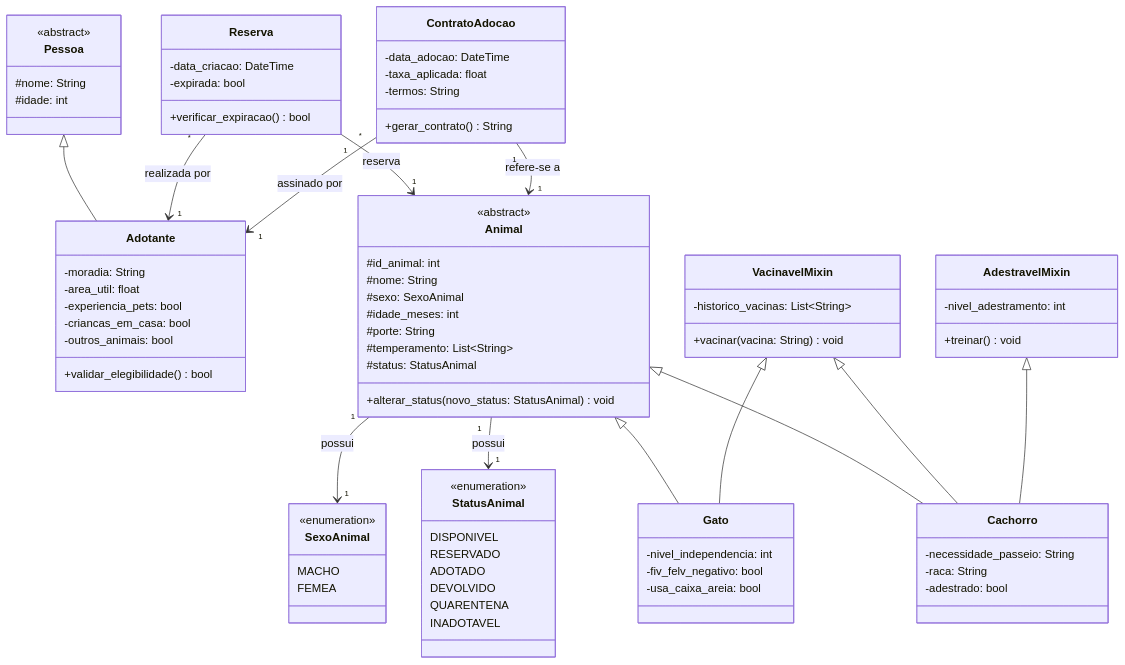
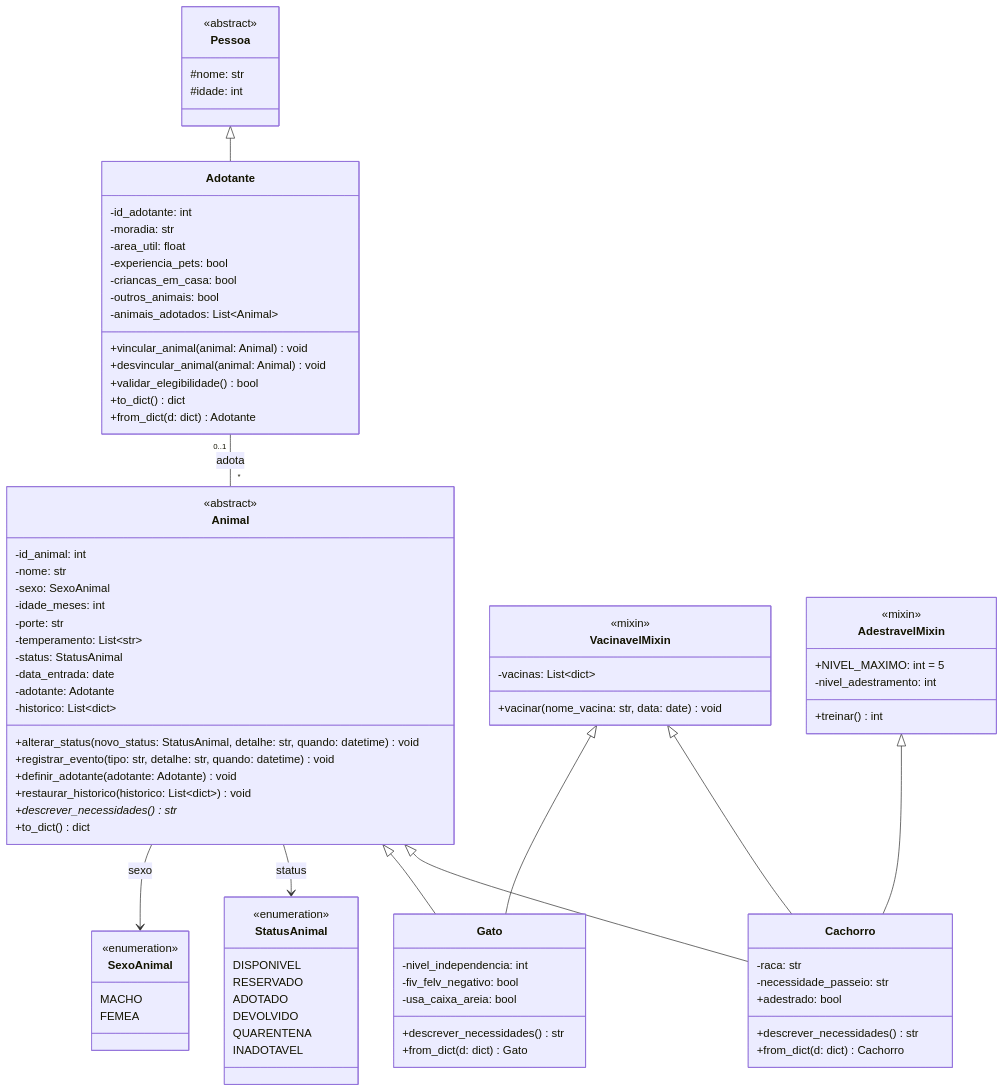
Before and after one commit to DaviGrgrio/SistemaDeAdocaoDeAnimais: the first of 3 diagrams in docs/UML.md, drawn with Mermaid. The commit also changed other lines of this file, not shown here.

First line of the commit message:
Update UML.md

````diff
--- a/docs/UML.md
+++ b/docs/UML.md
@@ -20,82 +22,86 @@
 
     class Pessoa {
         <<abstract>>
-        #nome: String
+        #nome: str
         #idade: int
     }
 
     class Adotante {
-        -moradia: String
+        -id_adotante: int
+        -moradia: str
         -area_util: float
         -experiencia_pets: bool
         -criancas_em_casa: bool
         -outros_animais: bool
+        -animais_adotados: List~Animal~
+        +vincular_animal(animal: Animal) void
+        +desvincular_animal(animal: Animal) void
         +validar_elegibilidade() bool
+        +to_dict() dict
+        +from_dict(d: dict) Adotante
     }
 
     class Animal {
         <<abstract>>
-        #id_animal: int
-        #nome: String
-        #sexo: SexoAnimal
-        #idade_meses: int
-        #porte: String
-        #temperamento: List~String~
-        #status: StatusAnimal
-        +alterar_status(novo_status: StatusAnimal) void
+        -id_animal: int
+        -nome: str
+        -sexo: SexoAnimal
+        -idade_meses: int
+        -porte: str
+        -temperamento: List~str~
+        -status: StatusAnimal
+        -data_entrada: date
+        -adotante: Adotante
+        -historico: List~dict~
+        +alterar_status(novo_status: StatusAnimal, detalhe: str, quando: datetime) void
+        +registrar_evento(tipo: str, detalhe: str, quando: datetime) void
+        +definir_adotante(adotante: Adotante) void
+        +restaurar_historico(historico: List~dict~) void
+        +descrever_necessidades() str*
+        +to_dict() dict
     }
 
     class VacinavelMixin {
-        -historico_vacinas: List~String~
-        +vacinar(vacina: String) void
+        <<mixin>>
+        -vacinas: List~dict~
+        +vacinar(nome_vacina: str, data: date) void
     }
 
     class AdestravelMixin {
+        <<mixin>>
+        +NIVEL_MAXIMO: int = 5
         -nivel_adestramento: int
-        +treinar() void
+        +treinar() int
     }
 
     class Cachorro {
-        -necessidade_passeio: String
-        -raca: String
-        -adestrado: bool
-        
+        -raca: str
+        -necessidade_passeio: str
+        +adestrado: bool
+        +descrever_necessidades() str
+        +from_dict(d: dict) Cachorro
     }
 
     class Gato {
         -nivel_independencia: int
         -fiv_felv_negativo: bool
         -usa_caixa_areia: bool
+        +descrever_necessidades() str
+        +from_dict(d: dict) Gato
     }
 
-    class Reserva {
-        -data_criacao: DateTime
-        -expirada: bool
-        +verificar_expiracao() bool
-    }
-
-    class ContratoAdocao {
-        -data_adocao: DateTime
-        -taxa_aplicada: float
-        -termos: String
-        +gerar_contrato() String
-    }
-
-    %% Heranças
+    %% Herança
     Pessoa <|-- Adotante
     Animal <|-- Cachorro
     Animal <|-- Gato
 
-    %% Mixins (Herança Múltipla)
+    %% Mixins (herança múltipla cooperativa: Cachorro(VacinavelMixin, AdestravelMixin, Animal))
     VacinavelMixin <|-- Cachorro
     AdestravelMixin <|-- Cachorro
     VacinavelMixin <|-- Gato
 
-    %% Relacionamentos e Associações
-    Animal "1" --> "1" StatusAnimal : possui
-    Animal "1" --> "1" SexoAnimal : possui
-    Reserva "*" --> "1" Adotante : realizada por
-    Reserva "1" --> "1" Animal : reserva
-    ContratoAdocao "*" --> "1" Adotante : assinado por
-    ContratoAdocao "1" --> "1" Animal : refere-se a
+    %% Associações
+    Animal --> StatusAnimal : status
+    Animal --> SexoAnimal : sexo
+    Adotante "0..1" -- "*" Animal : adota
 ```
````
